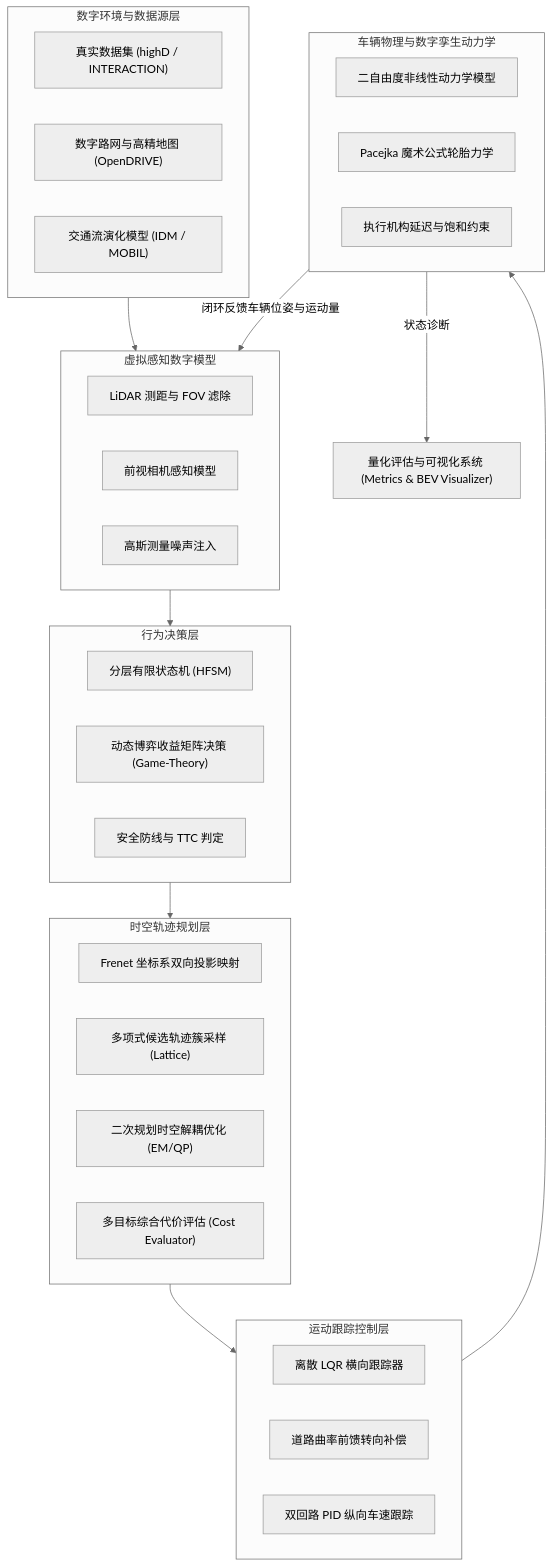
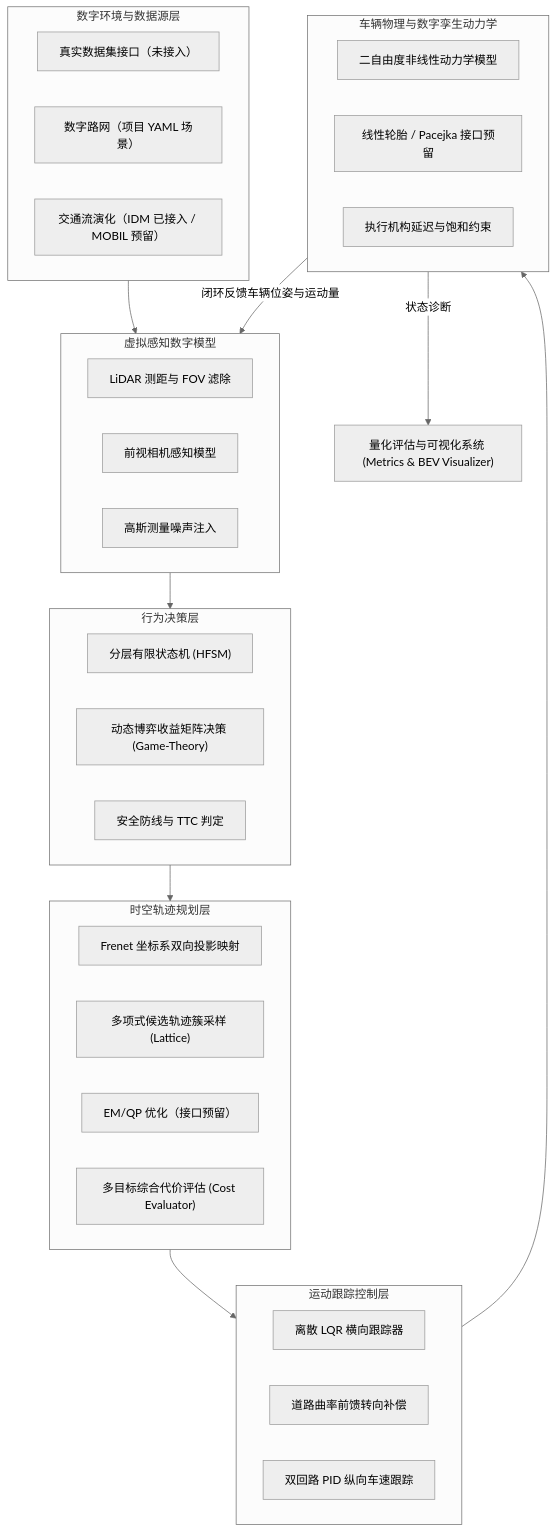
One commit to fwwwwjj/intelligent-vehicle-simulation changed the diagram in docs/02_digital_models.md. Above: the diagram before and after it, drawn with Mermaid (neutral theme). The commit also changed other lines of this file and 37 other files, not shown here.

````diff
--- a/docs/02_digital_models.md
+++ b/docs/02_digital_models.md
@@ -7,47 +7,47 @@
 ```mermaid
 flowchart TD
     subgraph Env["数字环境与数据源层"]
-        D1["真实数据集 (highD / INTERACTION)"]
-        D2["数字路网与高精地图 (OpenDRIVE)"]
-        D3["交通流演化模型 (IDM / MOBIL)"]
+        D1["真实数据集接口（未接入）"]
+        D2["数字路网（项目 YAML 场景）"]
+        D3["交通流演化（IDM 已接入 / MOBIL 预留）"]
     end
 
     subgraph Sense["虚拟感知数字模型"]
         S1["LiDAR 测距与 FOV 滤除"]
         S2["前视相机感知模型"]
         S3["高斯测量噪声注入"]
     end
 
     subgraph Decision["行为决策层"]
         B1["分层有限状态机 (HFSM)"]
         B2["动态博弈收益矩阵决策 (Game-Theory)"]
         B3["安全防线与 TTC 判定"]
     end
 
     subgraph Plan["时空轨迹规划层"]
         P1["Frenet 坐标系双向投影映射"]
         P2["多项式候选轨迹簇采样 (Lattice)"]
-        P3["二次规划时空解耦优化 (EM/QP)"]
+        P3["EM/QP 优化（接口预留）"]
         P4["多目标综合代价评估 (Cost Evaluator)"]
     end
 
     subgraph Control["运动跟踪控制层"]
         C1["离散 LQR 横向跟踪器"]
         C2["道路曲率前馈转向补偿"]
         C3["双回路 PID 纵向车速跟踪"]
     end
 
     subgraph Physics["车辆物理与数字孪生动力学"]
         V1["二自由度非线性动力学模型"]
-        V2["Pacejka 魔术公式轮胎力学"]
+        V2["线性轮胎 / Pacejka 接口预留"]
         V3["执行机构延迟与饱和约束"]
     end
 
     Env --> Sense
     Sense --> Decision
     Decision --> Plan
     Plan --> Control
     Control --> Physics
     Physics -->|闭环反馈车辆位姿与运动量| Sense
     Physics -->|状态诊断| Eval["量化评估与可视化系统 (Metrics & BEV Visualizer)"]
 ```
````
